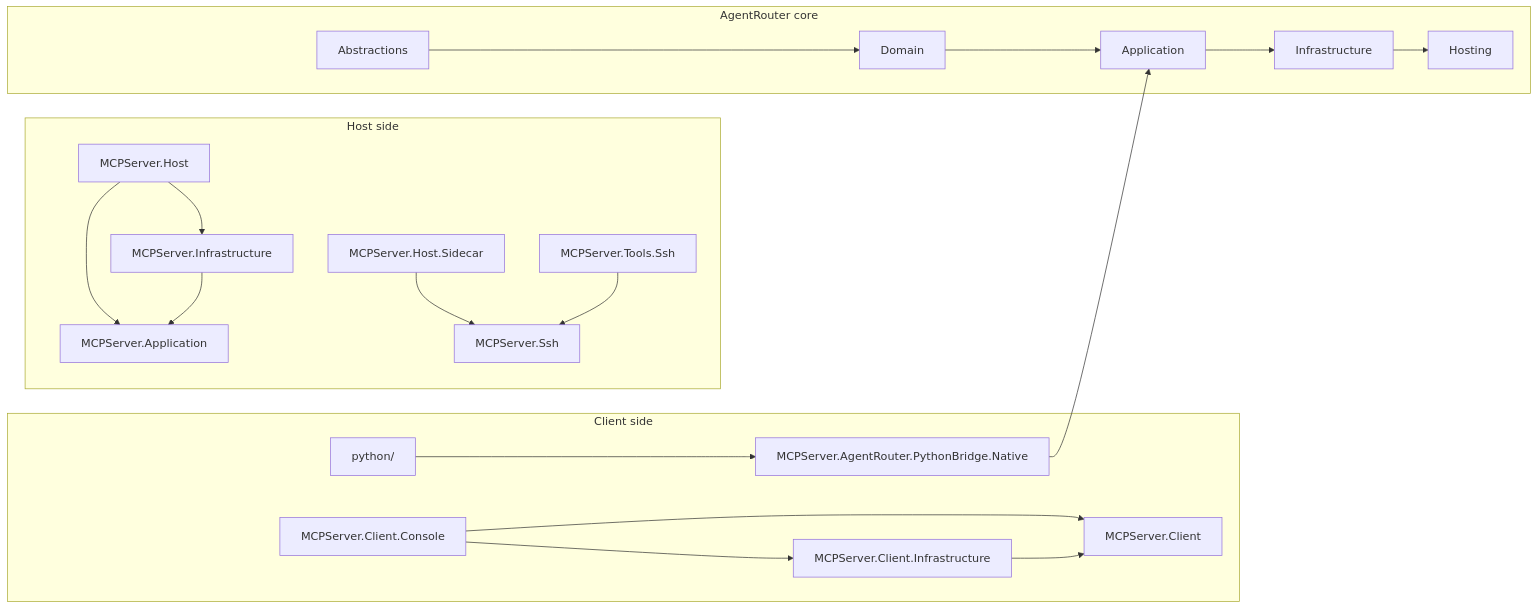
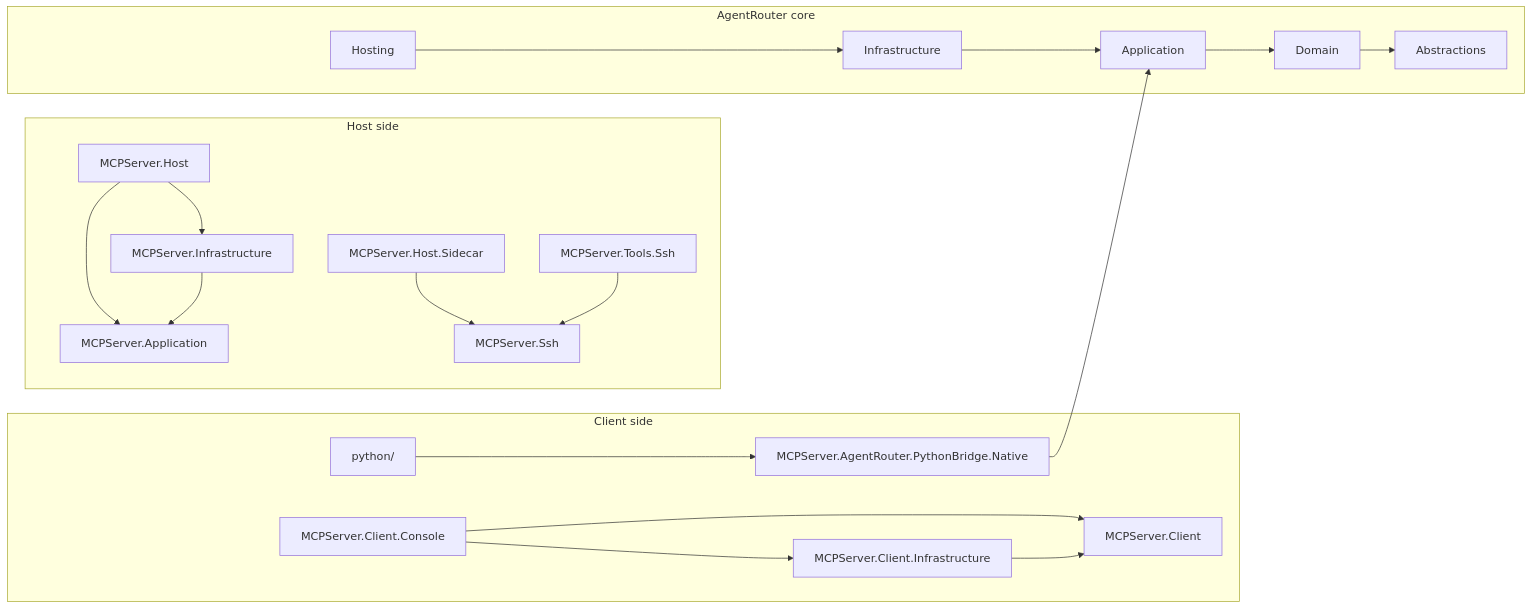
Before and after one commit to haxxornulled/SharpMCPServer: the diagram in README.md, drawn with Mermaid. The commit also changed other lines of this file and 2 other files, not shown here.

Commit message:
Polish diagram captions

````diff
--- a/README.md
+++ b/README.md
@@ -23,42 +23,42 @@
 ```mermaid
 flowchart LR
     subgraph ClientSide["Client side"]
         Console["MCPServer.Client.Console"]
         ClientLib["MCPServer.Client"]
         ClientInfra["MCPServer.Client.Infrastructure"]
         Python["python/"]
         Native["MCPServer.AgentRouter.PythonBridge.Native"]
     end
 
     subgraph HostSide["Host side"]
         MainHost["MCPServer.Host"]
         Sidecar["MCPServer.Host.Sidecar"]
         Infra["MCPServer.Infrastructure"]
         App["MCPServer.Application"]
         Ssh["MCPServer.Ssh"]
         SshTools["MCPServer.Tools.Ssh"]
     end
 
     subgraph RouterCore["AgentRouter core"]
         ARAbs["Abstractions"]
         ARDom["Domain"]
         ARApp["Application"]
         ARInfra["Infrastructure"]
         ARHost["Hosting"]
     end
 
     Console --> ClientLib
     Console --> ClientInfra
     ClientInfra --> ClientLib
 
     Python --> Native
     Native --> ARApp
 
     MainHost --> Infra
     MainHost --> App
     Sidecar --> Ssh
     Infra --> App
     SshTools --> Ssh
 
-    ARAbs --> ARDom --> ARApp --> ARInfra --> ARHost
+    ARHost --> ARInfra --> ARApp --> ARDom --> ARAbs
 ```
````
